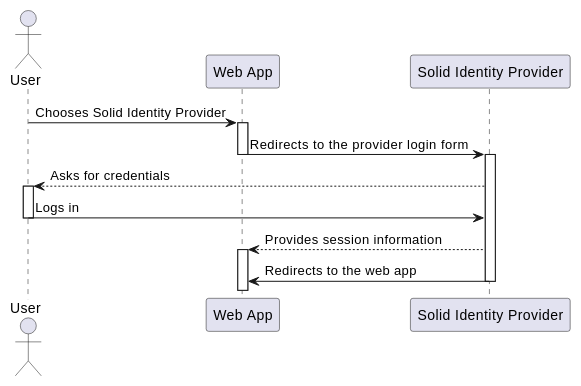
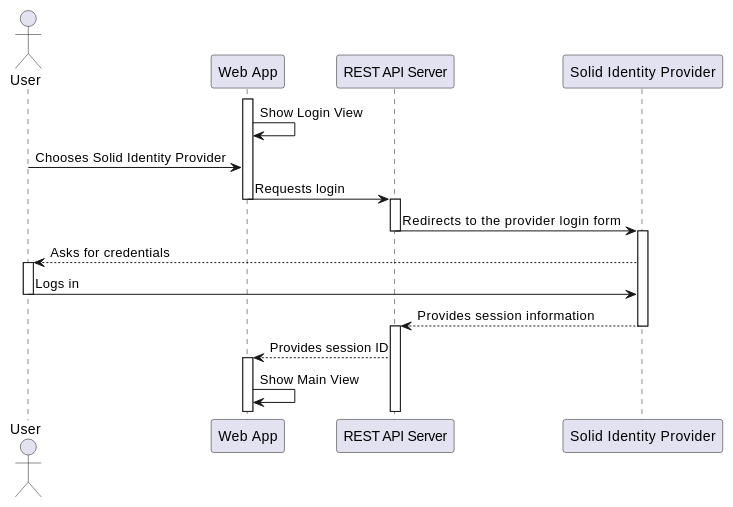
Before and after one commit to Arquisoft/radarin_en2a: the first of 2 diagrams in webapp/docs/06_runtime_view.adoc, drawn with PlantUML. The commit also changed other lines of this file, not shown here.

Commit message:
Update Login runtime view

```diff
--- a/webapp/docs/06_runtime_view.adoc
+++ b/webapp/docs/06_runtime_view.adoc
@@ -40,19 +42,27 @@
 [plantuml,"Sequence diagram - Login",png]
 ----
 actor User as U
 participant "Web App" as W
+participant "REST API Server" as R
 participant "Solid Identity Provider" as P
+
+activate W
+W -> W: Show Login View
 U -> W: Chooses Solid Identity Provider
-activate W
-W -> P: Redirects to the provider login form
+W -> R: Requests login
 deactivate W
+activate R
+R -> P: Redirects to the provider login form
+deactivate R
 activate P
 P --> U: Asks for credentials
 activate U
 U -> P: Logs in
 deactivate U
-P --> W: Provides session information
+P --> R: Provides session information
+deactivate P
+activate R
+R --> W: Provides session ID
 activate W
-P -> W: Redirects to the web app
-deactivate P
+W -> W: Show Main View
 ----
```
